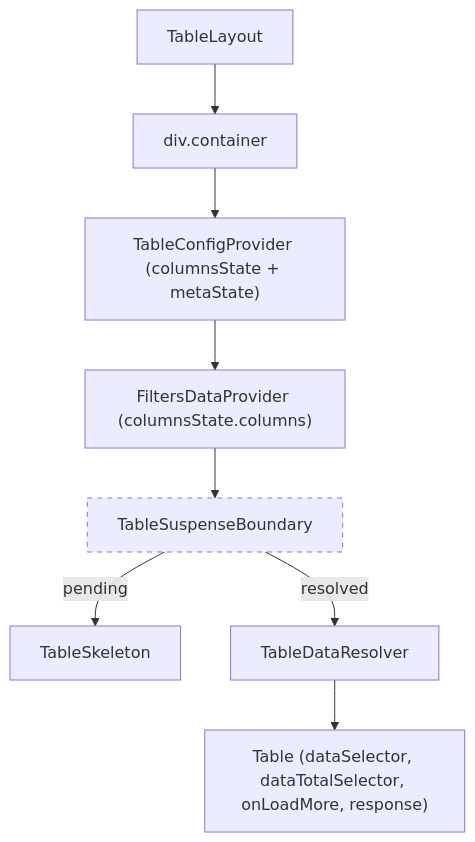
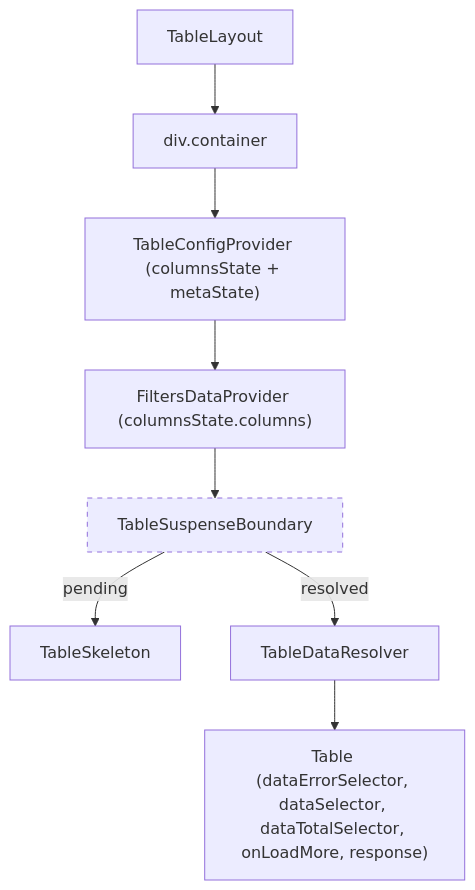
The diagram in packages/ui/src/components/Table/TableLayout/ARCHITECTURE.md (luciocabrera/lcabrera-stack), drawn with Mermaid before and after one commit. The commit also changed other lines of this file and 52 other files, not shown here.

````diff
--- a/packages/ui/src/components/Table/TableLayout/ARCHITECTURE.md
+++ b/packages/ui/src/components/Table/TableLayout/ARCHITECTURE.md
@@ -26,12 +26,12 @@
 ```mermaid
 graph TD
   TL["TableLayout"] --> container["div.container"]
   container --> TCP["TableConfigProvider (columnsState + metaState)"]
   TCP --> FDP["FiltersDataProvider (columnsState.columns)"]
   FDP --> TSB["TableSuspenseBoundary"]
   TSB -->|pending| SK["TableSkeleton"]
   TSB -->|resolved| TDR["TableDataResolver"]
-  TDR --> T["Table (dataSelector, dataTotalSelector, onLoadMore, response)"]
+  TDR --> T["Table (dataErrorSelector, dataSelector, dataTotalSelector, onLoadMore, response)"]
 
   style TSB stroke-dasharray: 5 5
 ```
````
